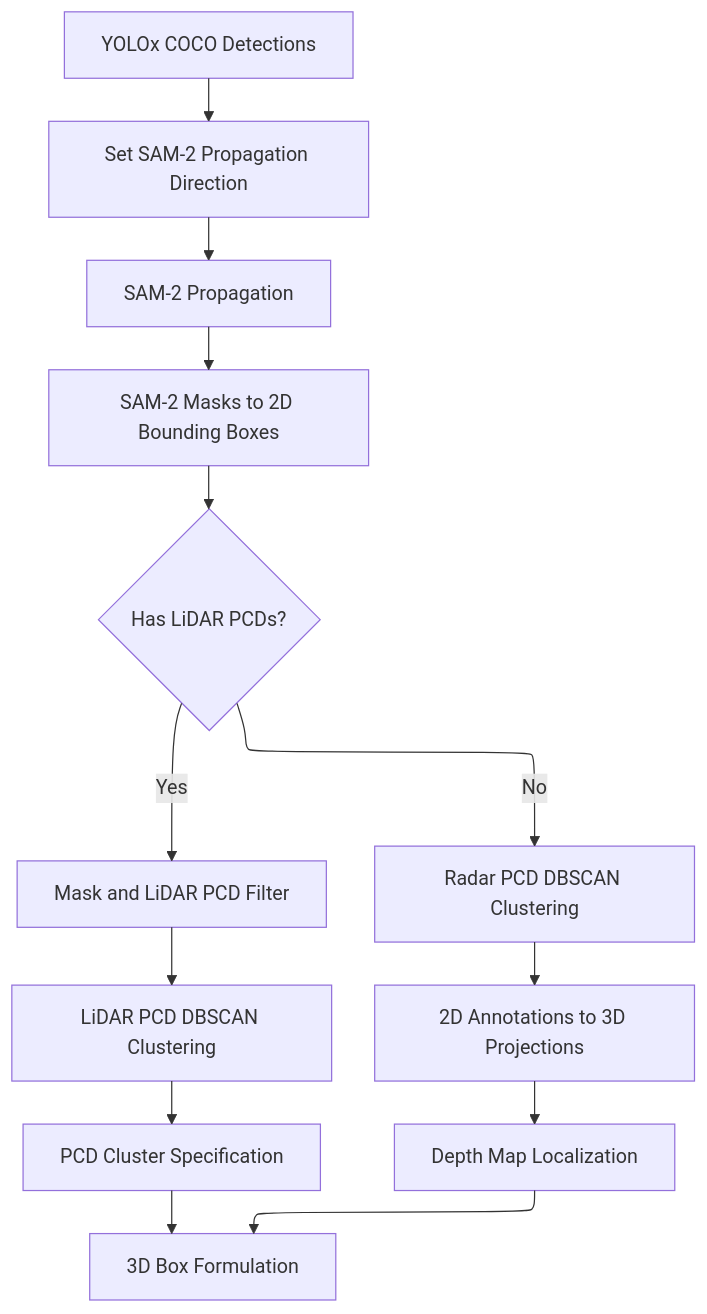
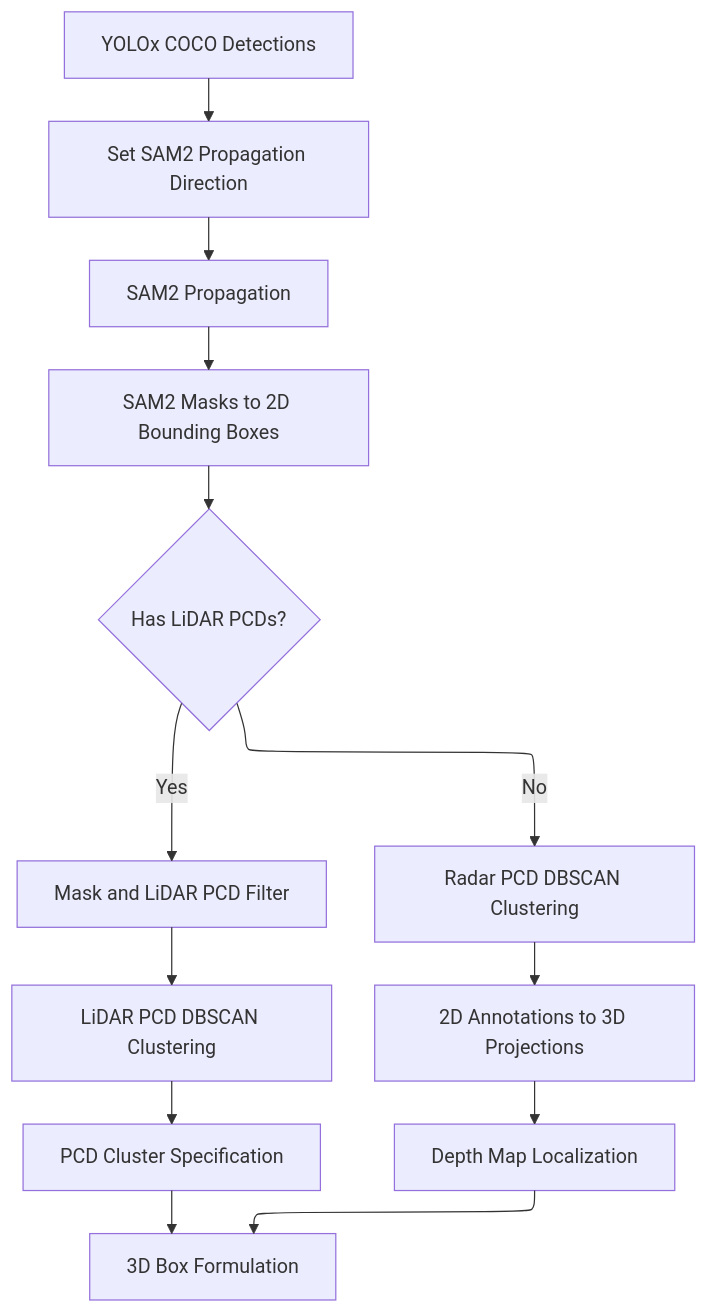
One commit to EdgeFirstAI/documentation changed the diagram in docs/studio/agtg.md. Above: the diagram before and after it, drawn with Mermaid. The commit also changed other lines of this file and 36 other files, not shown here.

````diff
--- a/docs/studio/agtg.md
+++ b/docs/studio/agtg.md
@@ -80,24 +80,24 @@
 ```mermaid
 %%{init: {"flowchart": {"defaultRenderer": "elk"}} }%%
 flowchart TB
     %% Definitions
     lidar{Has LiDAR PCDs?}
     yolox[YOLOx COCO Detections]
-    propagation_type[Set SAM-2 Propagation Direction]
-    propagation[SAM-2 Propagation]
-    2D[SAM-2 Masks to 2D Bounding Boxes]
+    propagation_type[Set SAM2 Propagation Direction]
+    propagation[SAM2 Propagation]
+    2D[SAM2 Masks to 2D Bounding Boxes]
 
     filter[Mask and LiDAR PCD Filter]
     lidar_cluster[LiDAR PCD DBSCAN Clustering]
     specify_cluster[PCD Cluster Specification]
     3D[3D Box Formulation]
 
     depth_map[Depth Map Localization]
     projection[2D Annotations to 3D Projections]
     radar_cluster[Radar PCD DBSCAN Clustering ]
 
     %% Flowchart
     yolox --> propagation_type--> propagation --> 2D --> lidar
     lidar -- Yes --> filter --> lidar_cluster --> specify_cluster --> 3D
     lidar -- No --> radar_cluster --> projection --> depth_map --> 3D
 ```
````
